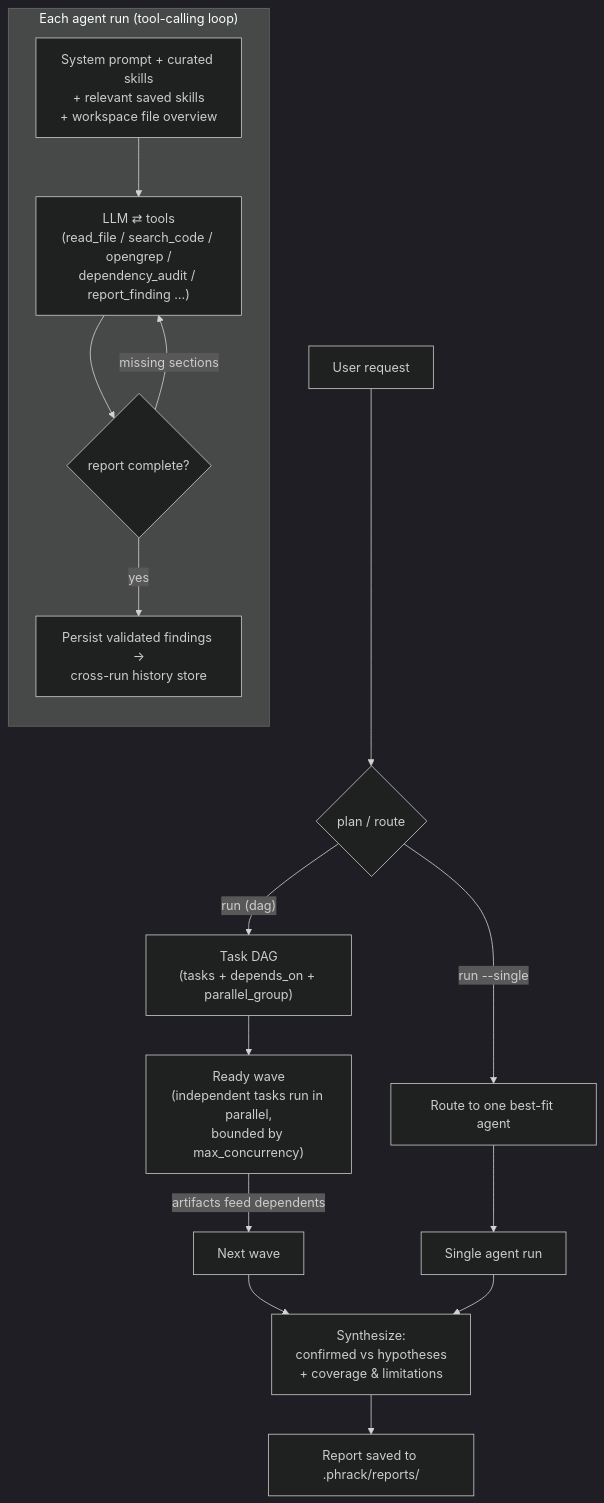
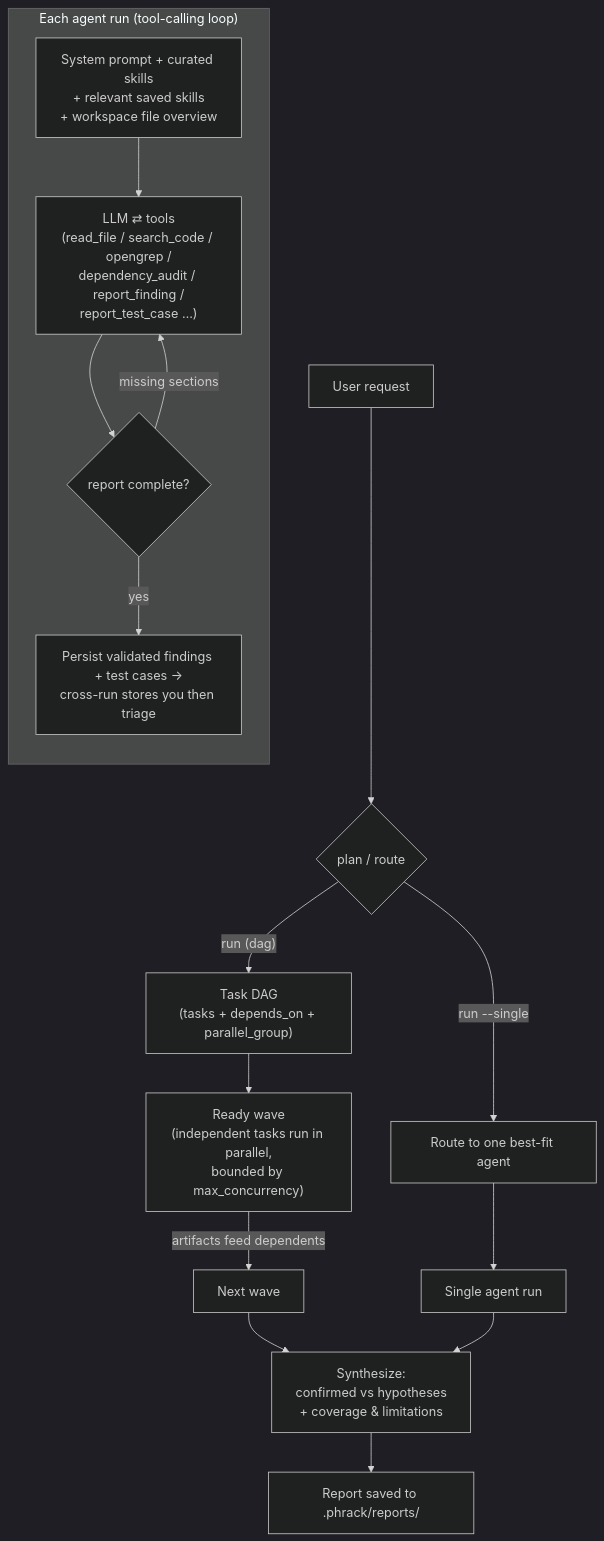
One commit to AleksaZatezalo/PhrakAgent changed the diagram in README.md. Above: the diagram before and after it, drawn with Mermaid (dark theme). The commit also changed other lines of this file and 31 other files, not shown here.

````diff
--- a/README.md
+++ b/README.md
@@ -257,21 +449,21 @@
 ```mermaid
 flowchart TD
     U["User request"] --> P{"plan / route"}
     P -->|"run (dag)"| PLAN["Task DAG\n(tasks + depends_on + parallel_group)"]
     P -->|"run --single"| ONE["Route to one best-fit agent"]
     PLAN --> W1["Ready wave\n(independent tasks run in parallel,\nbounded by max_concurrency)"]
     W1 -->|"artifacts feed dependents"| W2["Next wave"]
     W2 --> SYN["Synthesize:\nconfirmed vs hypotheses\n+ coverage & limitations"]
     ONE --> AX["Single agent run"]
     AX --> SYN
     SYN --> R["Report saved to .phrack/reports/"]
 
     subgraph AGENT["Each agent run (tool-calling loop)"]
       direction TB
       SP["System prompt + curated skills\n+ relevant saved skills\n+ workspace file overview"]
-      SP --> LOOP["LLM ⇄ tools\n(read_file / search_code / opengrep /\ndependency_audit / report_finding …)"]
+      SP --> LOOP["LLM ⇄ tools\n(read_file / search_code / opengrep /\ndependency_audit / report_finding /\nreport_test_case …)"]
       LOOP --> DONE{"report complete?"}
       DONE -->|"missing sections"| LOOP
-      DONE -->|"yes"| PERSIST["Persist validated findings →\ncross-run history store"]
+      DONE -->|"yes"| PERSIST["Persist validated findings + test cases →\ncross-run stores you then triage"]
     end
 ```
````
